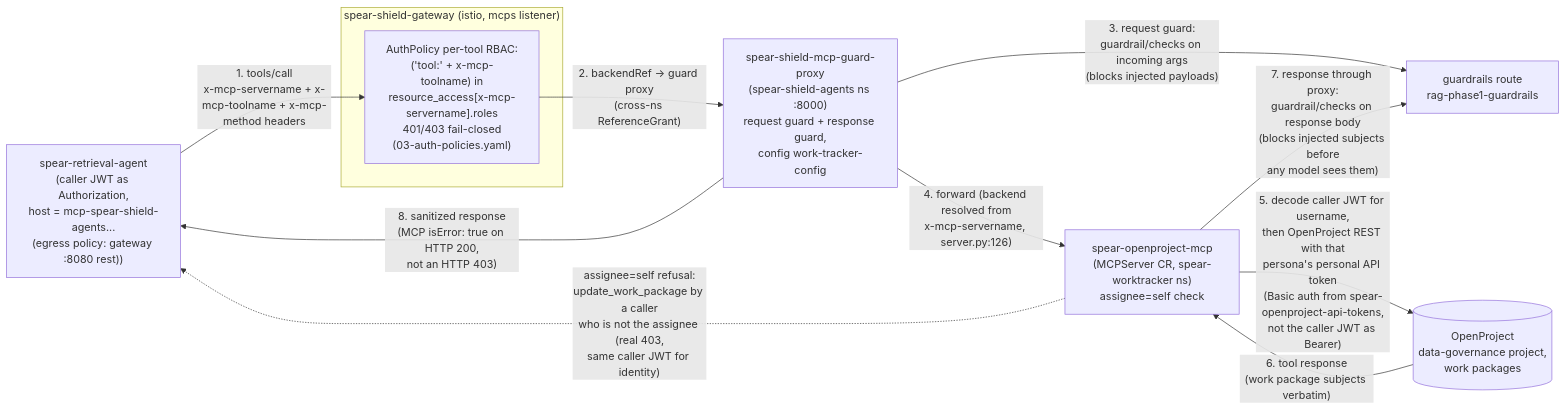
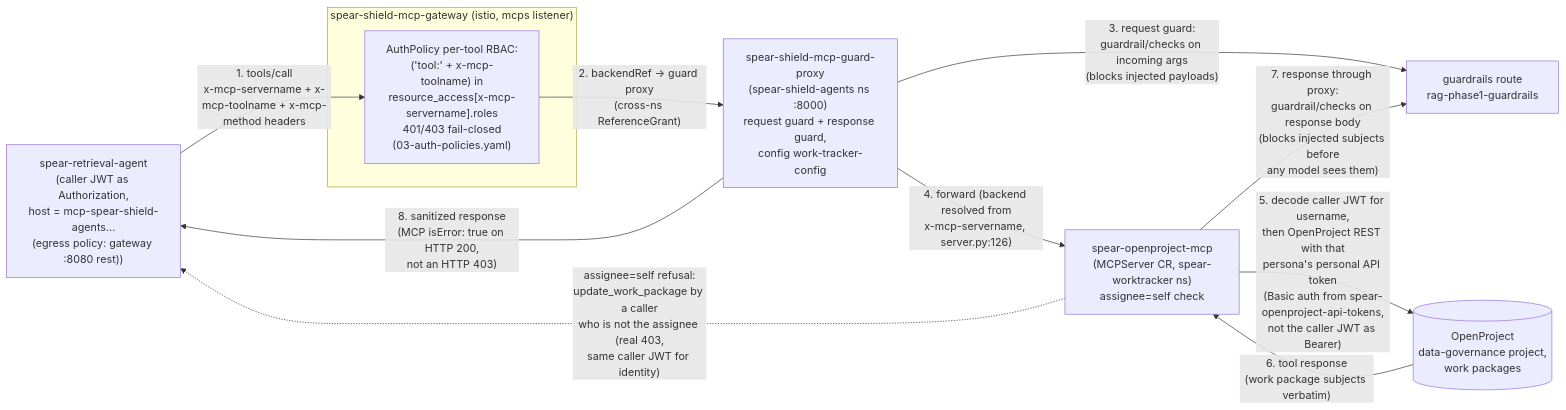
One commit to bbalakriz/spear changed the fifth of 6 diagrams in Detailed architecture.md. Above: the diagram before and after it, drawn with Mermaid. The commit also changed other lines of this file and 93 other files, not shown here.

First line of the commit message:
repo cleanup: drop numbered script prefixes, rename mcp gateway, rename console and pipeline source dirs

````diff
--- a/Detailed architecture.md
+++ b/Detailed architecture.md
@@ -159,21 +159,21 @@
 ```mermaid
 flowchart LR
     AG2b["spear-retrieval-agent<br/>(caller JWT as Authorization,<br/>host = mcp-spear-shield-agents...<br/>(egress policy: gateway :8080 rest))"]
-    subgraph GW3["spear-shield-gateway (istio, mcps listener)"]
+    subgraph GW3["spear-shield-mcp-gateway (istio, mcps listener)"]
         RBA["AuthPolicy per-tool RBAC:<br/>('tool:' + x-mcp-toolname) in<br/>resource_access[x-mcp-servername].roles<br/>401/403 fail-closed<br/>(03-auth-policies.yaml)"]
     end
     GP["spear-shield-mcp-guard-proxy<br/>(spear-shield-agents ns :8000)<br/>request guard + response guard,<br/>config work-tracker-config"]
     OM["spear-openproject-mcp<br/>(MCPServer CR, spear-worktracker ns)<br/>assignee=self check"]
     OP[("OpenProject<br/>data-governance project,<br/>work packages")]
     GRC["guardrails route<br/>rag-phase1-guardrails"]
 
     AG2b -->|"1. tools/call<br/>x-mcp-servername + x-mcp-toolname + x-mcp-method headers"| RBA
     RBA -->|"2. backendRef -> guard proxy<br/>(cross-ns ReferenceGrant)"| GP
     GP -->|"3. request guard:<br/>guardrail/checks on incoming args<br/>(blocks injected payloads)"| GRC
     GP -->|"4. forward (backend resolved from<br/>x-mcp-servername, server.py:126)"| OM
     OM -->|"5. decode caller JWT for username,<br/>then OpenProject REST with that<br/>persona's personal API token<br/>(Basic auth from spear-openproject-api-tokens,<br/>not the caller JWT as Bearer)"| OP
     OP -->|"6. tool response<br/>(work package subjects verbatim)"| OM
     OM -->|"7. response through proxy:<br/>guardrail/checks on response body<br/>(blocks injected subjects before<br/>any model sees them)"| GRC
     GP -->|"8. sanitized response<br/>(MCP isError: true on HTTP 200,<br/>not an HTTP 403)"| AG2b
     OM -.->|"assignee=self refusal:<br/>update_work_package by a caller<br/>who is not the assignee (real 403,<br/>same caller JWT for identity)"| AG2b
 ```
````
